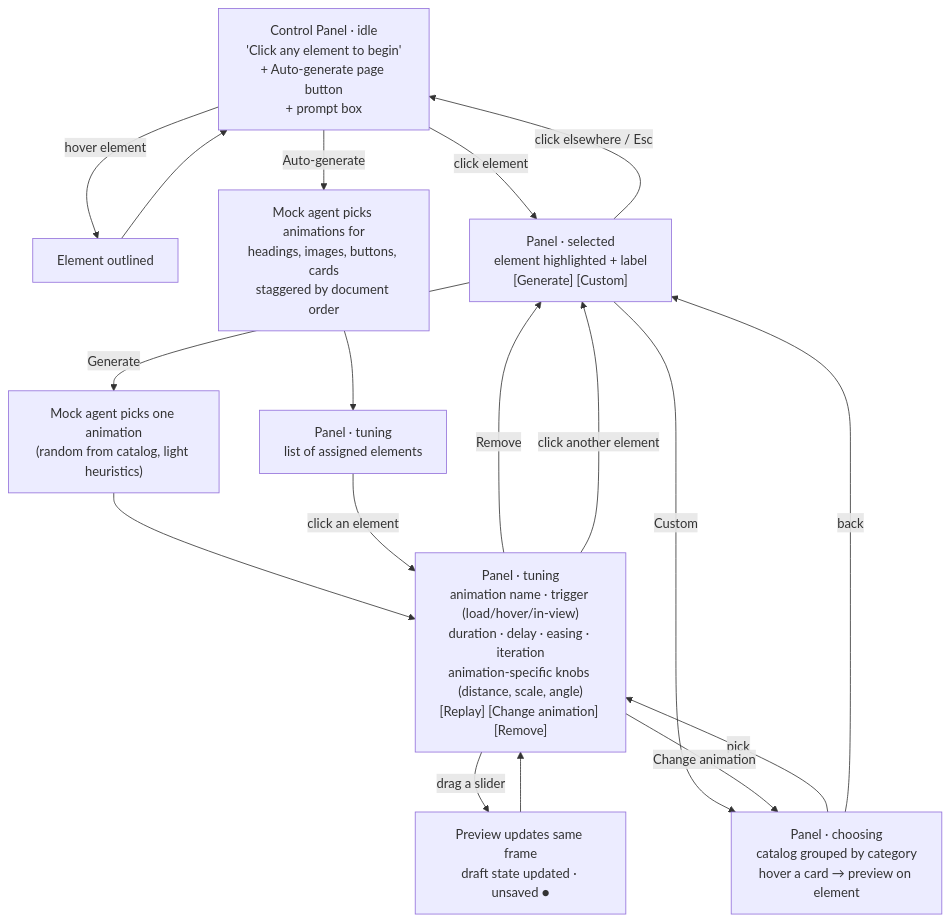
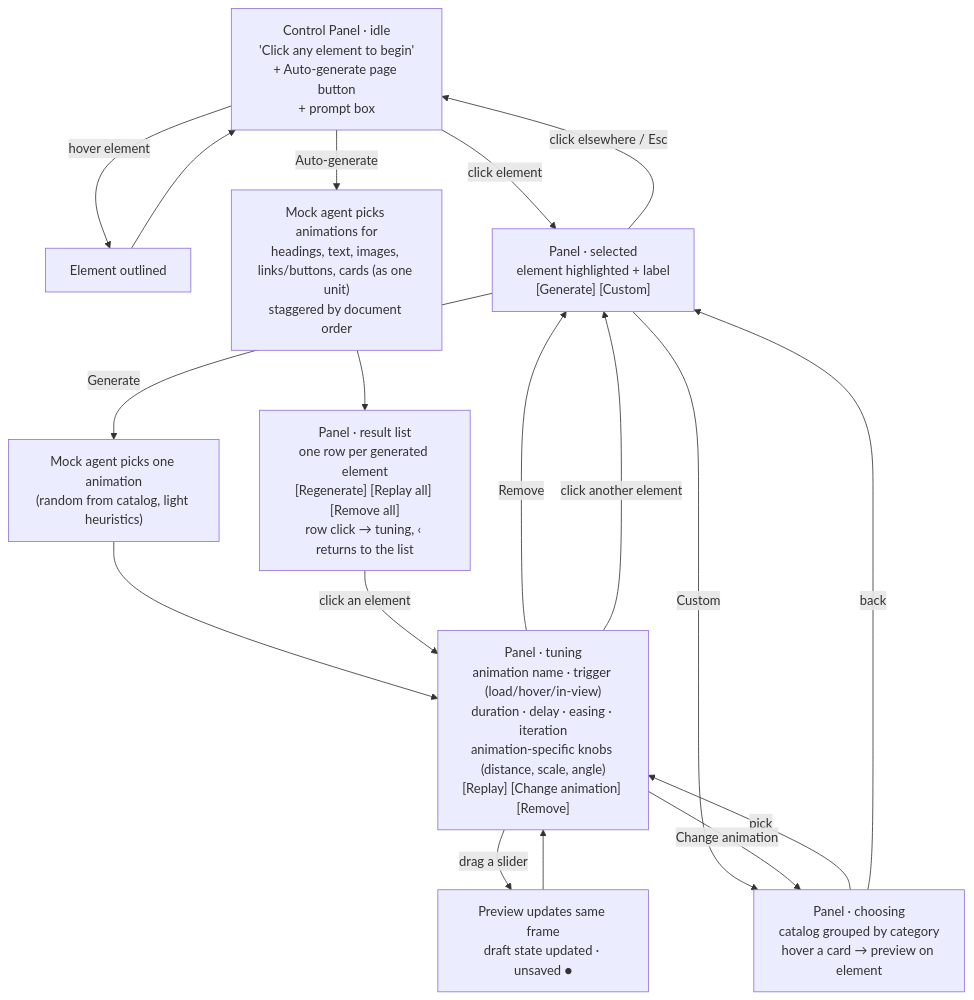
The second of 5 diagrams in docs/user_flow.md (ludaxkris/vibe_motion), drawn with Mermaid before and after one commit. The commit also changed other lines of this file and 39 other files, not shown here.

Commit message:
feat(phase-5): mock agent flows — Generate, Auto-generate, result list (Track B) (#21)

````diff
--- a/docs/user_flow.md
+++ b/docs/user_flow.md
@@ -30,20 +30,20 @@
 ```mermaid
 flowchart TD
   idle["Control Panel · idle<br/>'Click any element to begin'<br/>+ Auto-generate page button<br/>+ prompt box"]
   idle -->|"hover element"| hover["Element outlined"] --> idle
   idle -->|"click element"| selected["Panel · selected<br/>element highlighted + label<br/>[Generate] [Custom]"]
-  idle -->|"Auto-generate"| auto["Mock agent picks animations for<br/>headings, images, buttons, cards<br/>staggered by document order"] --> tuningMany["Panel · tuning<br/>list of assigned elements"]
+  idle -->|"Auto-generate"| auto["Mock agent picks animations for<br/>headings, text, images, links/buttons, cards (as one unit)<br/>staggered by document order"] --> tuningMany["Panel · result list<br/>one row per generated element<br/>[Regenerate] [Replay all] [Remove all]<br/>row click → tuning, ‹ returns to the list"]
 
   selected -->|"Generate"| gen["Mock agent picks one animation<br/>(random from catalog, light heuristics)"] --> tuning
   selected -->|"Custom"| choosing["Panel · choosing<br/>catalog grouped by category<br/>hover a card → preview on element"]
   choosing -->|"pick"| tuning
   choosing -->|"back"| selected
   selected -->|"click elsewhere / Esc"| idle
 
   tuning["Panel · tuning<br/>animation name · trigger (load/hover/in-view)<br/>duration · delay · easing · iteration<br/>animation-specific knobs (distance, scale, angle)<br/>[Replay] [Change animation] [Remove]"]
   tuning -->|"drag a slider"| live["Preview updates same frame<br/>draft state updated · unsaved ●"] --> tuning
   tuning -->|"Change animation"| choosing
   tuning -->|"Remove"| selected
   tuning -->|"click another element"| selected
   tuningMany -->|"click an element"| tuning
 ```
````
